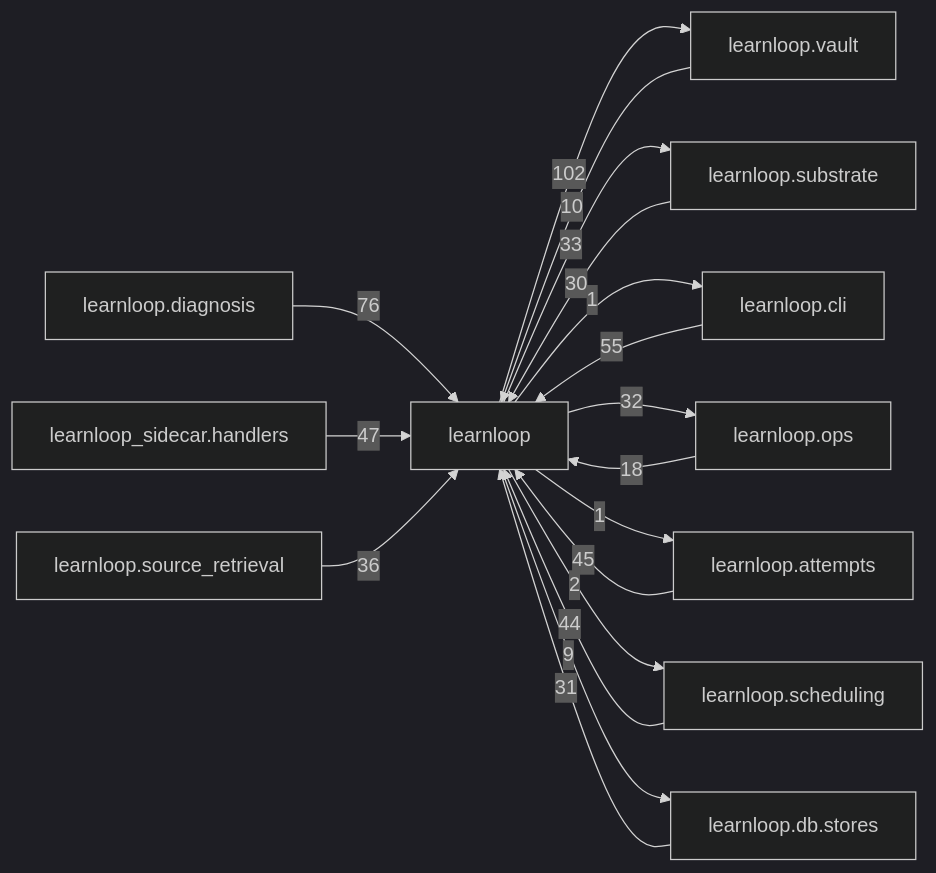
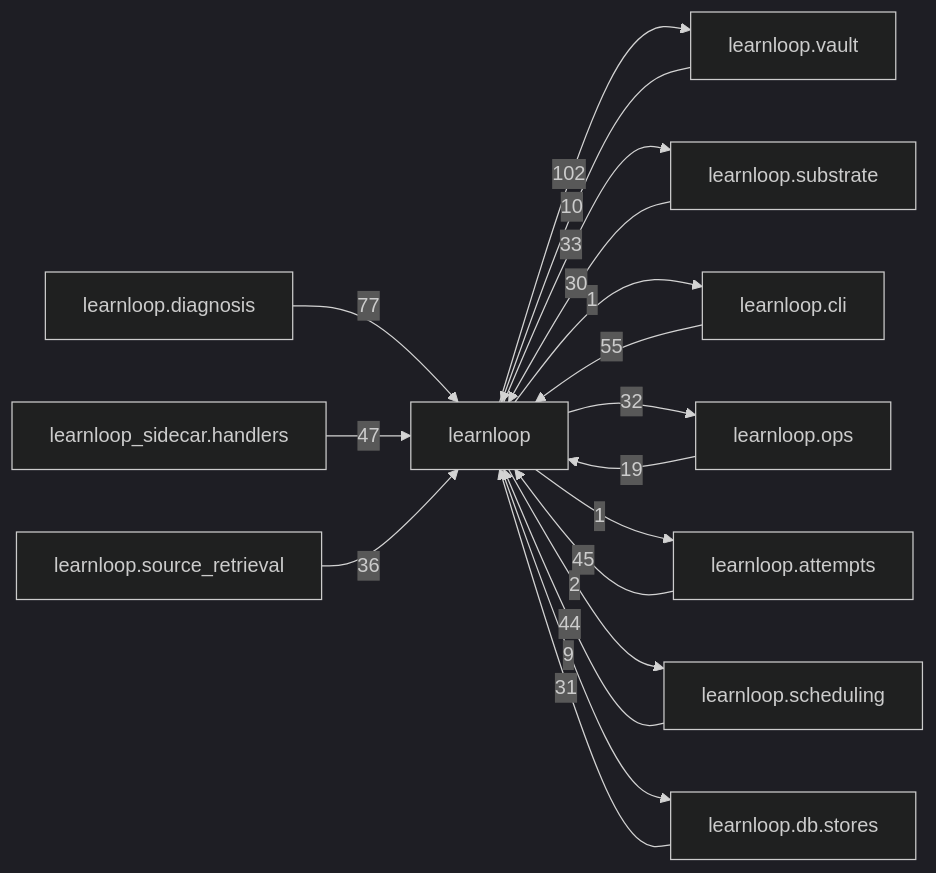
Before and after one commit to 6up-b/learnanything: the diagram in docs/learnloop-architecture-vault/Reference/Modules/learnloop/_package.md, drawn with Mermaid (dark theme). The commit also changed other lines of this file and 45 other files, not shown here.

````diff
--- a/docs/learnloop-architecture-vault/Reference/Modules/learnloop/_package.md
+++ b/docs/learnloop-architecture-vault/Reference/Modules/learnloop/_package.md
@@ -312,31 +312,31 @@
 ```mermaid
 flowchart LR
     center["learnloop"]
     n_learnloop_vault["learnloop.vault"]
     n_learnloop_diagnosis["learnloop.diagnosis"]
     n_learnloop_substrate["learnloop.substrate"]
     n_learnloop_cli["learnloop.cli"]
     n_learnloop_ops["learnloop.ops"]
     n_learnloop_sidecar_handlers["learnloop_sidecar.handlers"]
     n_learnloop_attempts["learnloop.attempts"]
     n_learnloop_scheduling["learnloop.scheduling"]
     n_learnloop_db_stores["learnloop.db.stores"]
     n_learnloop_source_retrieval["learnloop.source_retrieval"]
     n_learnloop_vault -->|10| center
     center -->|102| n_learnloop_vault
-    n_learnloop_diagnosis -->|76| center
+    n_learnloop_diagnosis -->|77| center
     n_learnloop_substrate -->|30| center
     center -->|33| n_learnloop_substrate
     n_learnloop_cli -->|55| center
     center -->|1| n_learnloop_cli
-    n_learnloop_ops -->|18| center
+    n_learnloop_ops -->|19| center
     center -->|32| n_learnloop_ops
     n_learnloop_sidecar_handlers -->|47| center
     n_learnloop_attempts -->|45| center
     center -->|1| n_learnloop_attempts
     n_learnloop_scheduling -->|44| center
     center -->|2| n_learnloop_scheduling
     n_learnloop_db_stores -->|31| center
     center -->|9| n_learnloop_db_stores
     n_learnloop_source_retrieval -->|36| center
 ```
````
